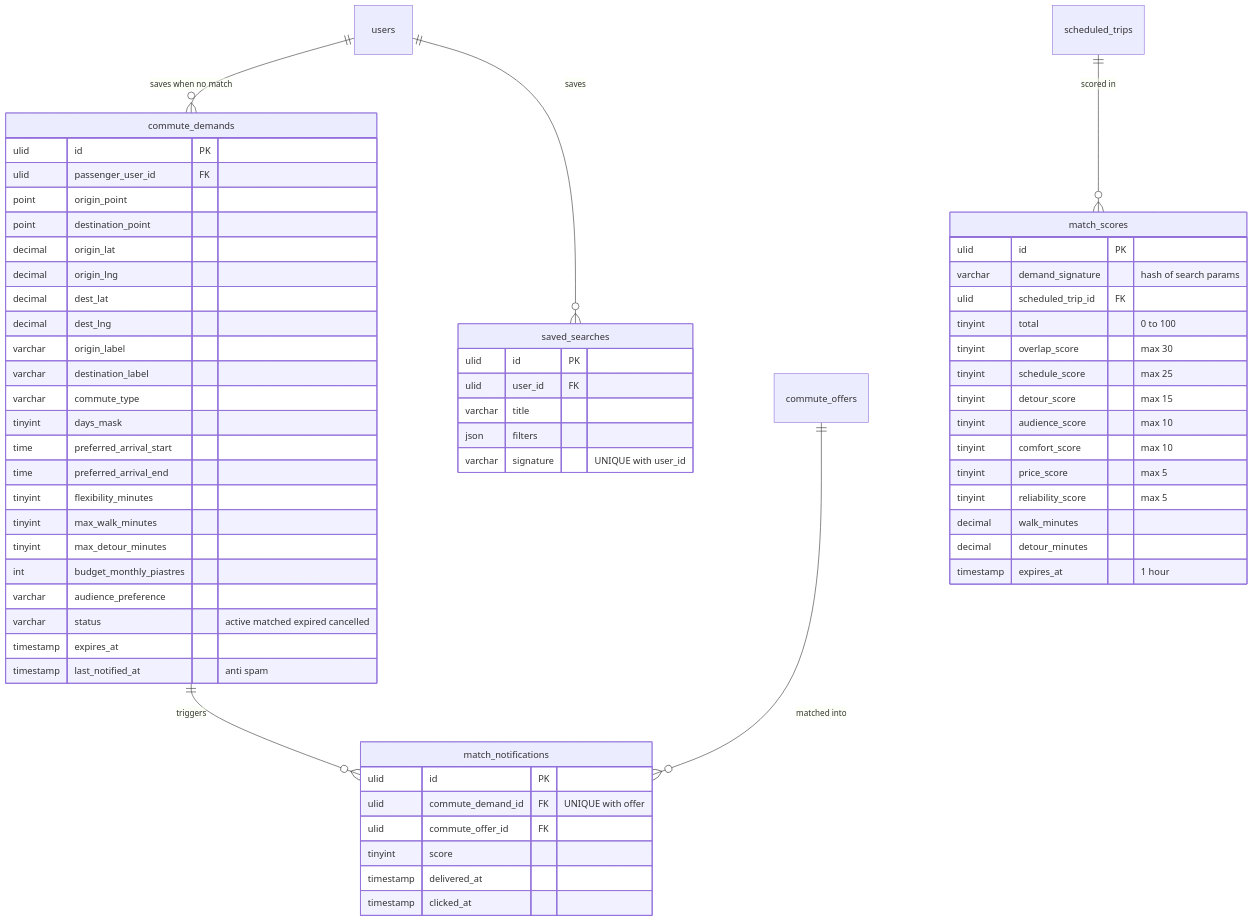
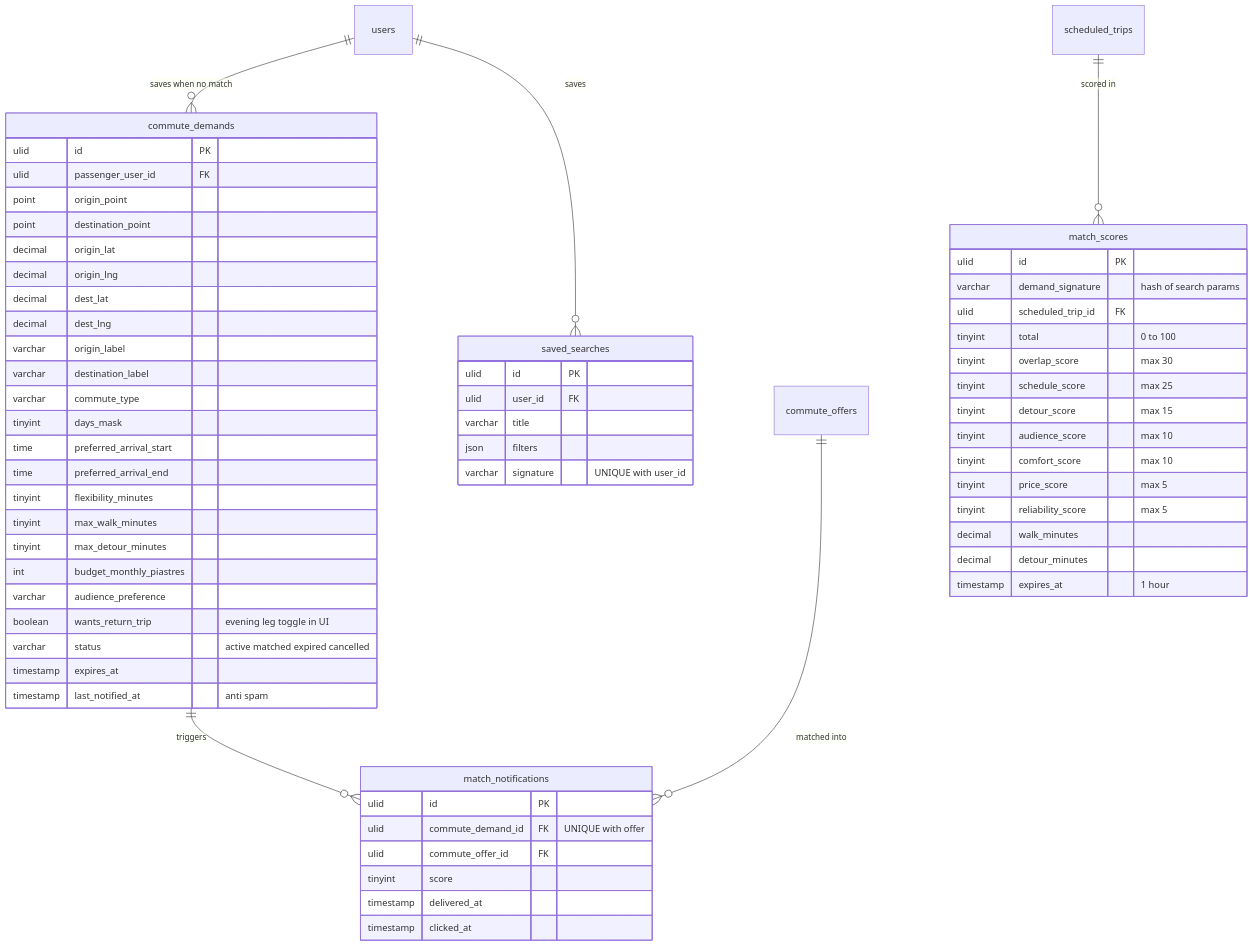
Before and after one commit to AhmedHamdy7/Rafeeq: the tenth of 24 diagrams in Rafeeq doc/RAFEEQ_ERD.md, drawn with Mermaid. The commit also changed other lines of this file and 394 other files, not shown here.

````diff
--- a/Rafeeq doc/RAFEEQ_ERD.md
+++ b/Rafeeq doc/RAFEEQ_ERD.md
@@ -720,64 +761,65 @@
 ```mermaid
 erDiagram
     users ||--o{ commute_demands : "saves when no match"
     users ||--o{ saved_searches : saves
     commute_demands ||--o{ match_notifications : "triggers"
     commute_offers ||--o{ match_notifications : "matched into"
     scheduled_trips ||--o{ match_scores : "scored in"
 
     commute_demands {
         ulid id PK
         ulid passenger_user_id FK
         point origin_point
         point destination_point
         decimal origin_lat
         decimal origin_lng
         decimal dest_lat
         decimal dest_lng
         varchar origin_label
         varchar destination_label
         varchar commute_type
         tinyint days_mask
         time preferred_arrival_start
         time preferred_arrival_end
         tinyint flexibility_minutes
         tinyint max_walk_minutes
         tinyint max_detour_minutes
         int budget_monthly_piastres
         varchar audience_preference
+        boolean wants_return_trip "evening leg toggle in UI"
         varchar status "active matched expired cancelled"
         timestamp expires_at
         timestamp last_notified_at "anti spam"
     }
     saved_searches {
         ulid id PK
         ulid user_id FK
         varchar title
         json filters
         varchar signature "UNIQUE with user_id"
     }
     match_scores {
         ulid id PK
         varchar demand_signature "hash of search params"
         ulid scheduled_trip_id FK
         tinyint total "0 to 100"
         tinyint overlap_score "max 30"
         tinyint schedule_score "max 25"
         tinyint detour_score "max 15"
         tinyint audience_score "max 10"
         tinyint comfort_score "max 10"
         tinyint price_score "max 5"
         tinyint reliability_score "max 5"
         decimal walk_minutes
         decimal detour_minutes
         timestamp expires_at "1 hour"
     }
     match_notifications {
         ulid id PK
         ulid commute_demand_id FK "UNIQUE with offer"
         ulid commute_offer_id FK
         tinyint score
         timestamp delivered_at
         timestamp clicked_at
     }
 ```
````
